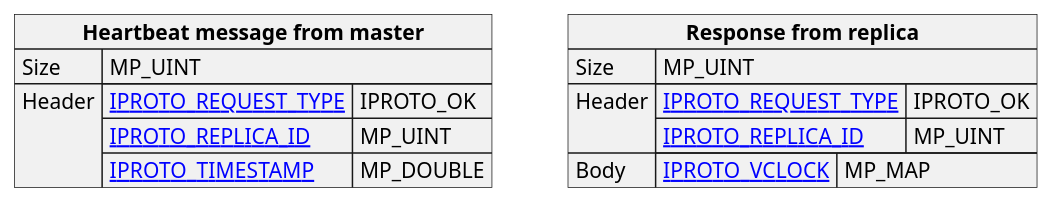
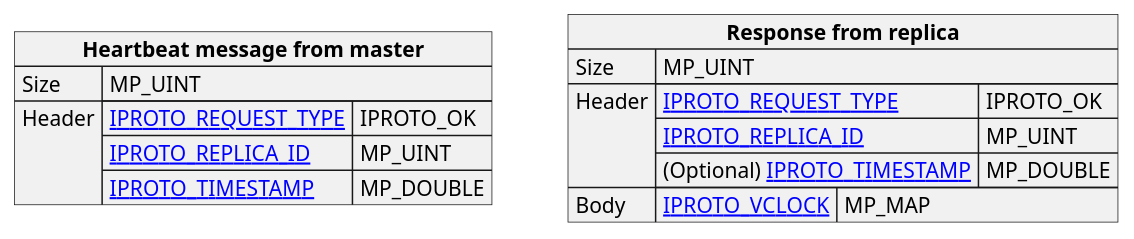
Before and after one commit to tarantool/doc: the diagram in doc/dev_guide/internals/iproto/images/repl_heartbeat.puml, drawn with PlantUML. The commit also changed 5 other files, not shown here.

```diff
--- a/doc/dev_guide/internals/iproto/images/repl_heartbeat.puml
+++ b/doc/dev_guide/internals/iproto/images/repl_heartbeat.puml
@@ -1,30 +1,31 @@
 @startuml
 
 skinparam map {
     HyperlinkColor #0077FF
     FontColor #313131
     BorderColor #313131
     BackgroundColor transparent
 }
 
 json "**Heartbeat message from master**" as heartbeat_request {
     "Size": "MP_UINT",
     "Header": {
       "[[https://tarantool.io/en/doc/latest/dev_guide/internals/iproto/keys IPROTO_REQUEST_TYPE]]": "IPROTO_OK",
       "[[https://tarantool.io/en/doc/latest/dev_guide/internals/iproto/keys IPROTO_REPLICA_ID]]": "MP_UINT",
       "[[https://tarantool.io/en/doc/latest/dev_guide/internals/iproto/keys IPROTO_TIMESTAMP]]": "MP_DOUBLE"
     }
 }
 
 json "**Response from replica**" as heartbeat_response {
     "Size": "MP_UINT",
     "Header": {
       "[[https://tarantool.io/en/doc/latest/dev_guide/internals/iproto/keys IPROTO_REQUEST_TYPE]]": "IPROTO_OK",
-      "[[https://tarantool.io/en/doc/latest/dev_guide/internals/iproto/keys IPROTO_REPLICA_ID]]": "MP_UINT"
+      "[[https://tarantool.io/en/doc/latest/dev_guide/internals/iproto/keys IPROTO_REPLICA_ID]]": "MP_UINT",
+      "(Optional) [[https://tarantool.io/en/doc/latest/dev_guide/internals/iproto/keys IPROTO_TIMESTAMP]]": "MP_DOUBLE"
     },
     "Body": {
       "[[https://tarantool.io/en/doc/latest/dev_guide/internals/iproto/keys IPROTO_VCLOCK]]": "MP_MAP"      
     }
 }
 
 @enduml
```
